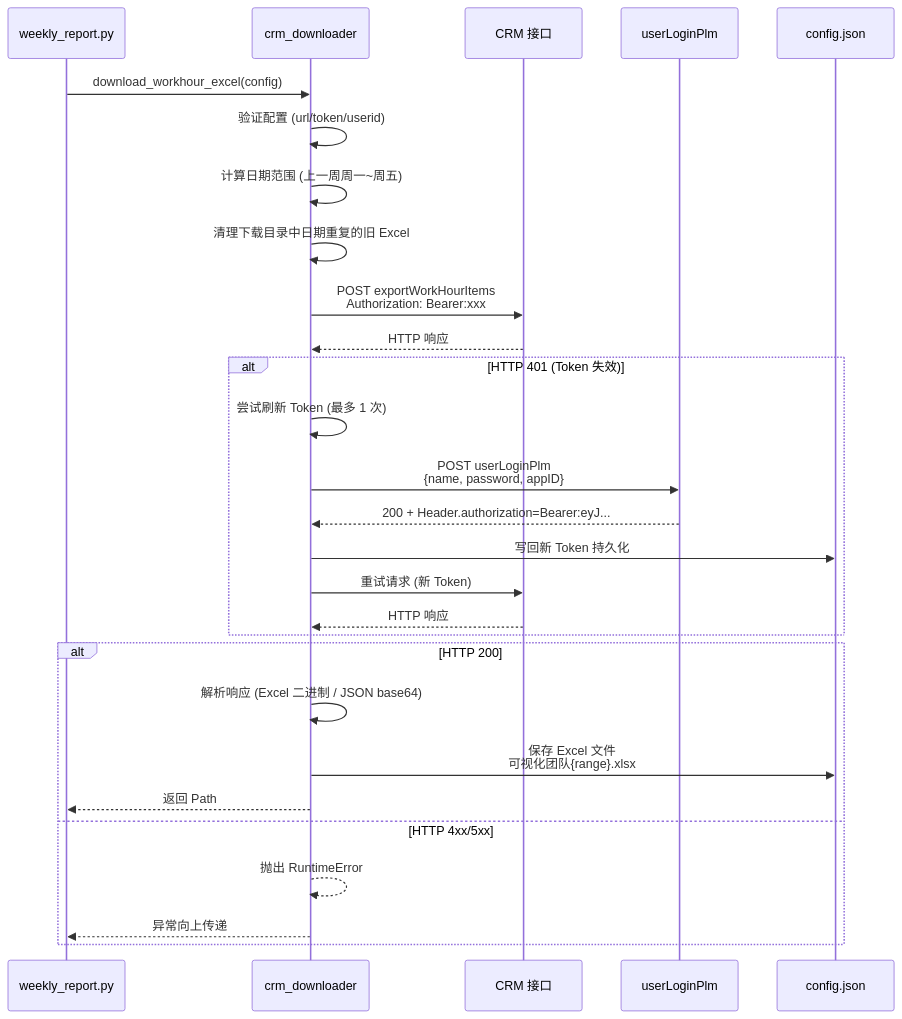
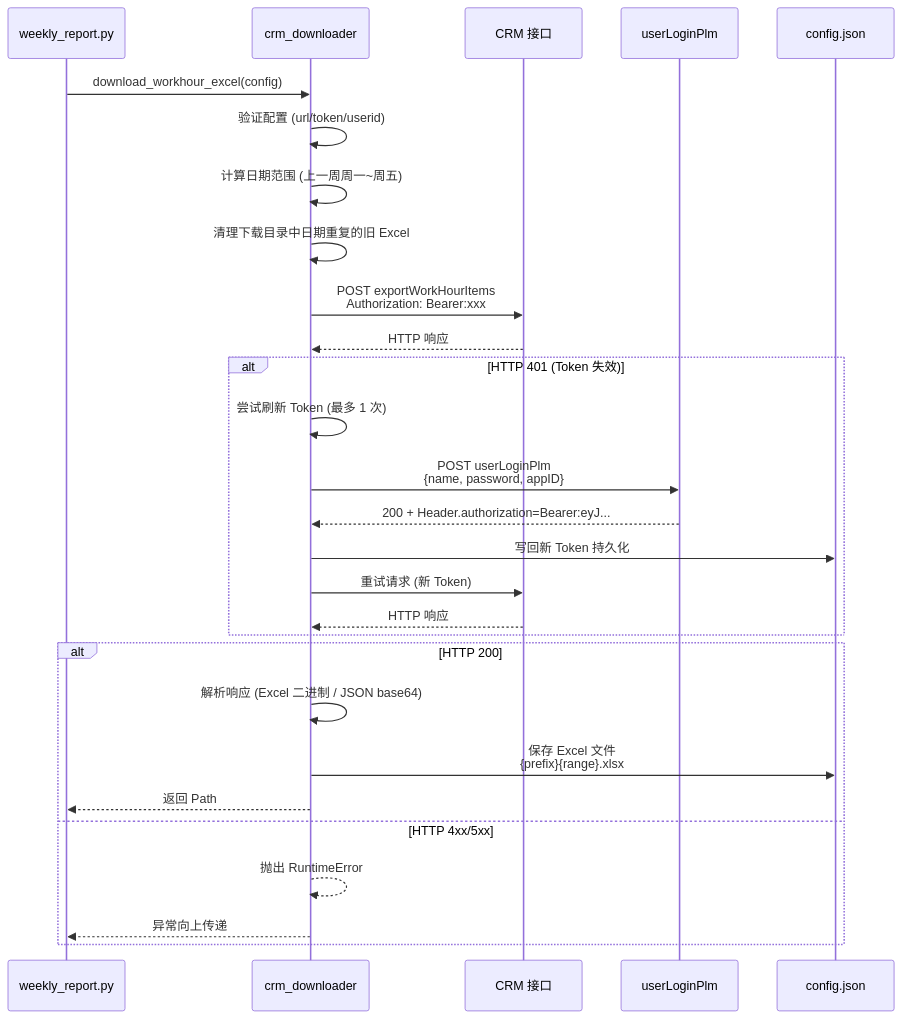
The third of 5 diagrams in project_flow.md (MING-W-H/AIWeeklyReportMaster), drawn with Mermaid before and after one commit. The commit also changed other lines of this file and 11 other files, not shown here.

````diff
--- a/project_flow.md
+++ b/project_flow.md
@@ -126,34 +126,34 @@
 ```mermaid
 sequenceDiagram
     participant Main as weekly_report.py
     participant CRM as crm_downloader
     participant API as CRM 接口
     participant Login as userLoginPlm
     participant FS as config.json
 
     Main->>CRM: download_workhour_excel(config)
     CRM->>CRM: 验证配置 (url/token/userid)
     CRM->>CRM: 计算日期范围 (上一周周一~周五)
     CRM->>CRM: 清理下载目录中日期重复的旧 Excel
 
     CRM->>API: POST exportWorkHourItems<br/>Authorization: Bearer:xxx
     API-->>CRM: HTTP 响应
 
     alt HTTP 401 (Token 失效)
         CRM->>CRM: 尝试刷新 Token (最多 1 次)
         CRM->>Login: POST userLoginPlm<br/>{name, password, appID}
         Login-->>CRM: 200 + Header.authorization=Bearer:eyJ...
         CRM->>FS: 写回新 Token 持久化
         CRM->>API: 重试请求 (新 Token)
         API-->>CRM: HTTP 响应
     end
 
     alt HTTP 200
         CRM->>CRM: 解析响应 (Excel 二进制 / JSON base64)
-        CRM->>FS: 保存 Excel 文件<br/>可视化团队{range}.xlsx
+        CRM->>FS: 保存 Excel 文件<br/>{prefix}{range}.xlsx
         CRM-->>Main: 返回 Path
     else HTTP 4xx/5xx
         CRM-->>CRM: 抛出 RuntimeError
         CRM-->>Main: 异常向上传递
     end
 ```
````
